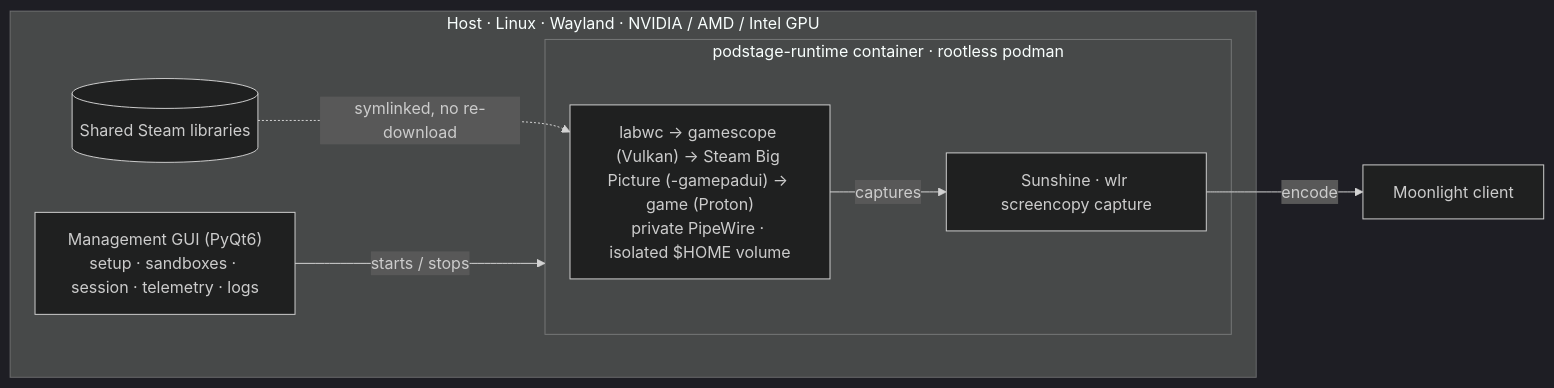
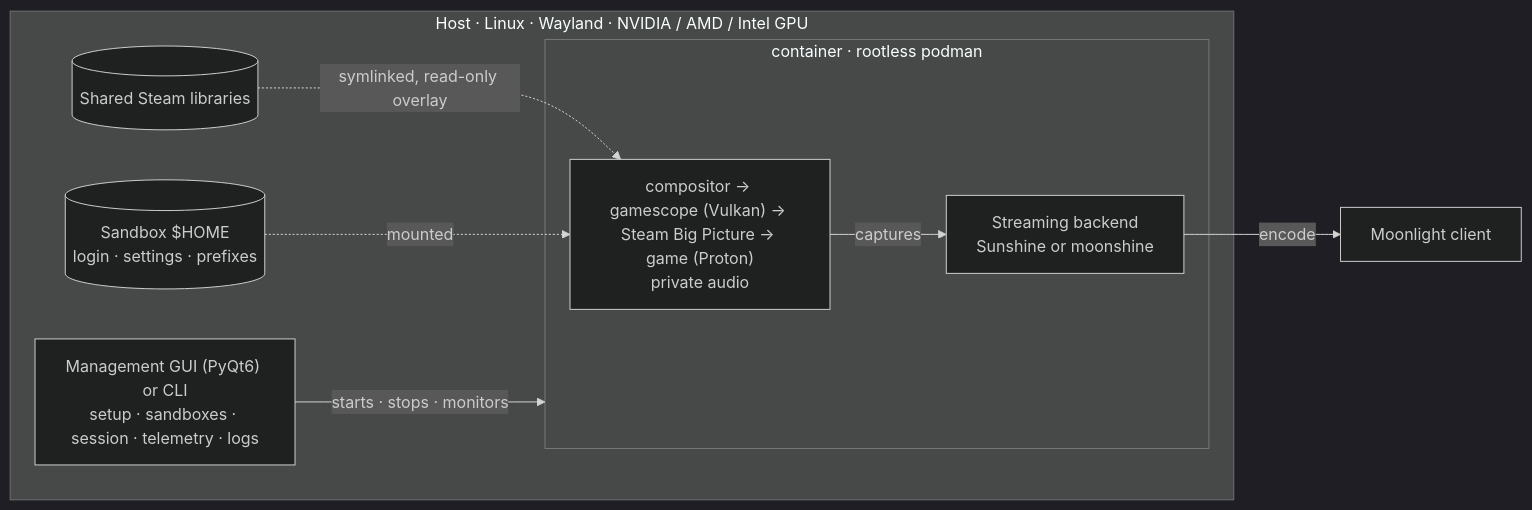
Before and after one commit to slooock-dev/podstage: the first of 2 diagrams in README.md, drawn with Mermaid (dark theme). The commit also changed other lines of this file, not shown here.

First line of the commit message:
README: rewrite around what podstage is and how it is used

````diff
--- a/README.md
+++ b/README.md
@@ -163,15 +70,17 @@
 ```mermaid
 flowchart LR
     subgraph host["Host · Linux · Wayland · NVIDIA / AMD / Intel GPU"]
-        gui["Management GUI (PyQt6)<br/>setup · sandboxes · session · telemetry · logs"]
+        gui["Management GUI (PyQt6) or CLI<br/>setup · sandboxes · session · telemetry · logs"]
         libs[("Shared Steam libraries")]
-        subgraph container["podstage-runtime container · rootless podman"]
-            pipeline["labwc → gamescope (Vulkan) → Steam Big Picture (-gamepadui) → game (Proton)<br/>private PipeWire · isolated $HOME volume"]
-            sunshine["Sunshine · wlr screencopy capture"]
-            pipeline -->|captures| sunshine
+        home[("Sandbox $HOME<br/>login · settings · prefixes")]
+        subgraph container["container · rootless podman"]
+            pipeline["compositor → gamescope (Vulkan) → Steam Big Picture → game (Proton)<br/>private audio"]
+            backend["Streaming backend<br/>Sunshine or moonshine"]
+            pipeline -->|captures| backend
         end
-        gui -->|starts / stops| container
-        libs -.->|symlinked, no re-download| pipeline
+        gui -->|starts · stops · monitors| container
+        libs -.->|symlinked, read-only overlay| pipeline
+        home -.->|mounted| pipeline
     end
-    sunshine -->|encode| moonlight["Moonlight client"]
+    backend -->|encode| moonlight["Moonlight client"]
 ```
````
